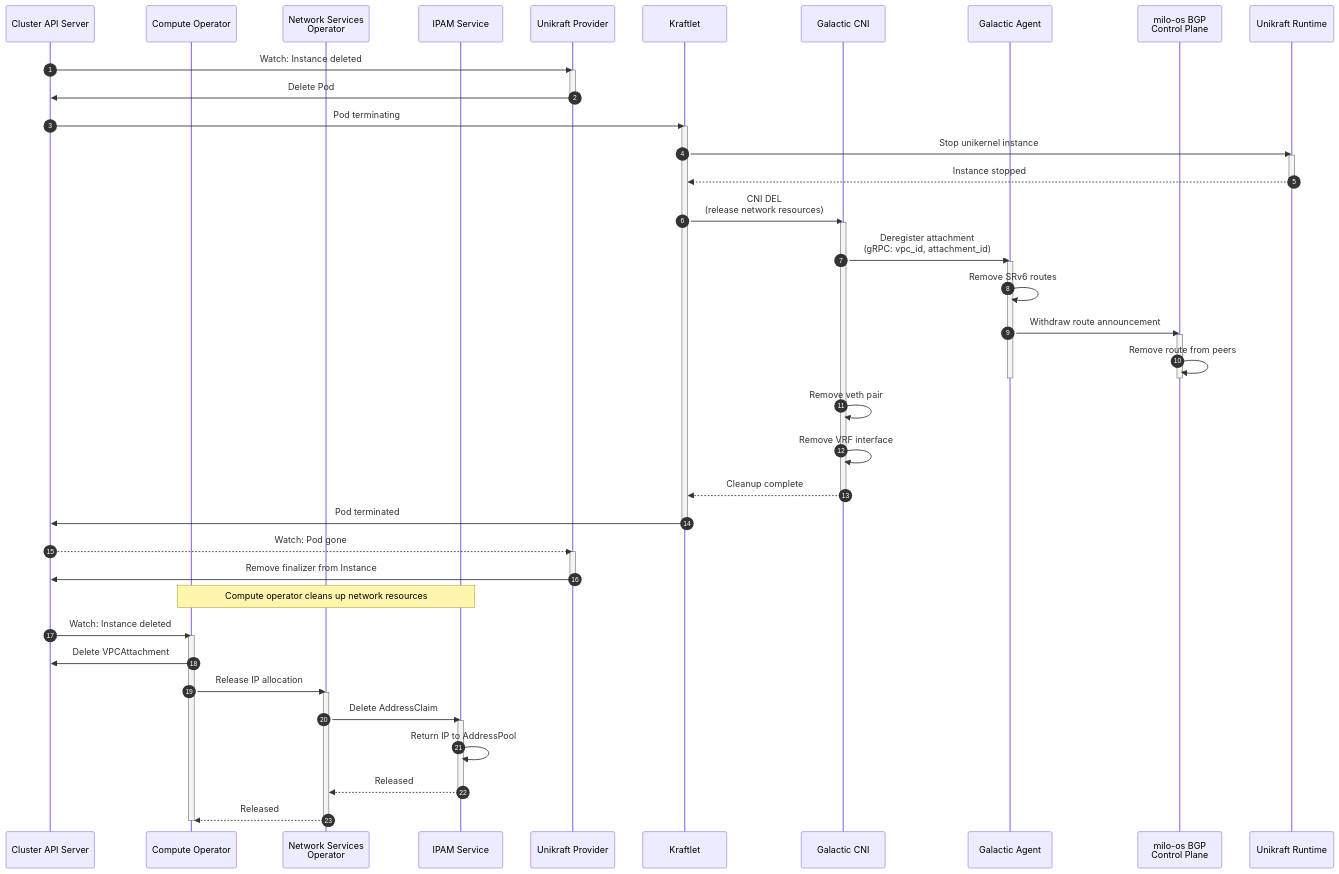
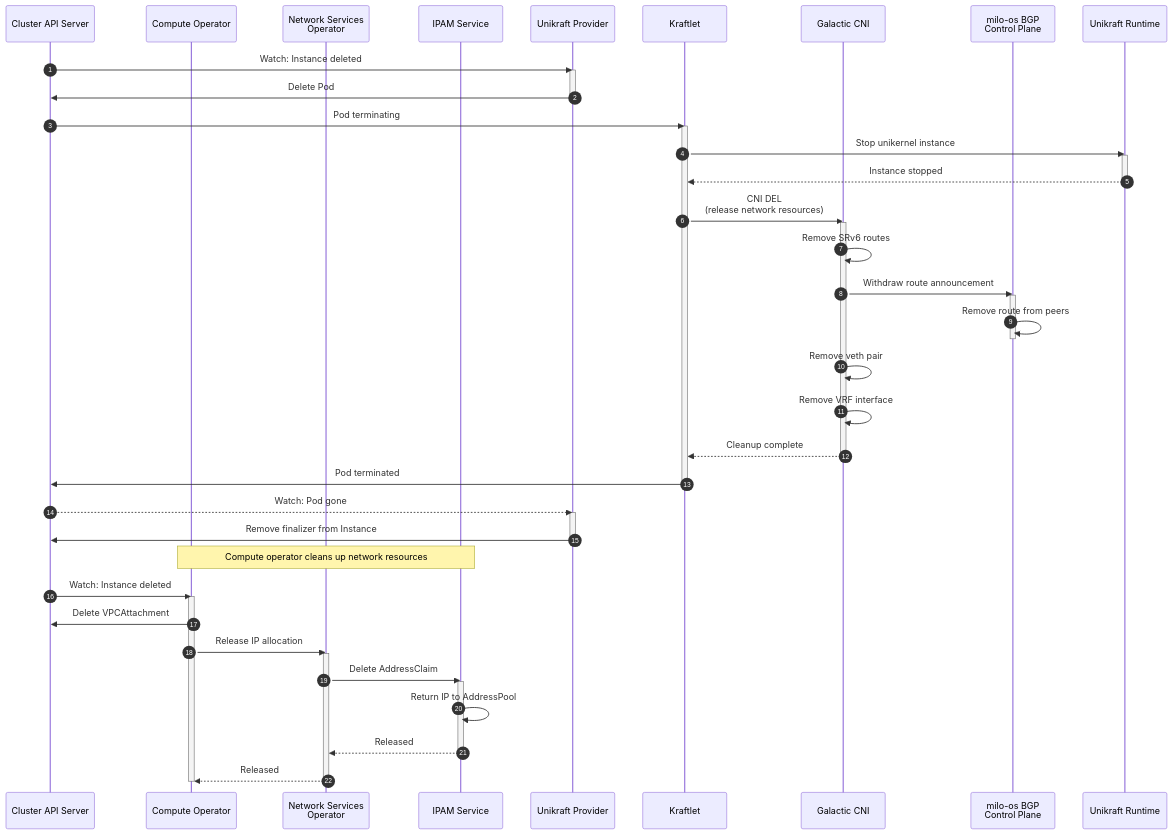
The second of 2 diagrams in docs/enhancements/instance-provisioning.md (datum-cloud/unikraft-provider), drawn with Mermaid before and after one commit. The commit also changed other lines of this file, not shown here.

First line of the commit message:
refactor: absorb Galactic Agent into Galactic CNI in provisioning diagrams

````diff
--- a/docs/enhancements/instance-provisioning.md
+++ b/docs/enhancements/instance-provisioning.md
@@ -113,70 +109,66 @@
 ```mermaid
 %%{init: {
   "sequence": {
     "showSequenceNumbers": true
   }
 }}%%
 sequenceDiagram
     participant API as Cluster API Server
     participant CO as Compute Operator
     participant NSO as Network Services<br/>Operator
     participant IPAM as IPAM Service
     participant UP as Unikraft Provider
     participant KL as Kraftlet
     participant GCNI as Galactic CNI
-    participant GA as Galactic Agent
     participant BGP as milo-os BGP<br/>Control Plane
     participant UK as Unikraft Runtime
 
     API->>UP: Watch: Instance deleted
     activate UP
     UP->>API: Delete Pod
     deactivate UP
 
     API->>KL: Pod terminating
     activate KL
 
     KL->>UK: Stop unikernel instance
     activate UK
     UK-->>KL: Instance stopped
     deactivate UK
 
     KL->>GCNI: CNI DEL<br/>(release network resources)
     activate GCNI
-    GCNI->>GA: Deregister attachment<br/>(gRPC: vpc_id, attachment_id)
-    activate GA
-    GA->>GA: Remove SRv6 routes
-    GA->>BGP: Withdraw route announcement
+    GCNI->>GCNI: Remove SRv6 routes
+    GCNI->>BGP: Withdraw route announcement
     activate BGP
     BGP->>BGP: Remove route from peers
     deactivate BGP
-    deactivate GA
     GCNI->>GCNI: Remove veth pair
     GCNI->>GCNI: Remove VRF interface
     GCNI-->>KL: Cleanup complete
     deactivate GCNI
 
     KL->>API: Pod terminated
     deactivate KL
 
     API-->>UP: Watch: Pod gone
     activate UP
     UP->>API: Remove finalizer from Instance
     deactivate UP
 
     Note over CO,IPAM: Compute operator cleans up network resources
 
     API->>CO: Watch: Instance deleted
     activate CO
     CO->>API: Delete VPCAttachment
     CO->>NSO: Release IP allocation
     activate NSO
     NSO->>IPAM: Delete AddressClaim
     activate IPAM
     IPAM->>IPAM: Return IP to AddressPool
     IPAM-->>NSO: Released
     deactivate IPAM
     NSO-->>CO: Released
     deactivate NSO
     deactivate CO
 ```
````
